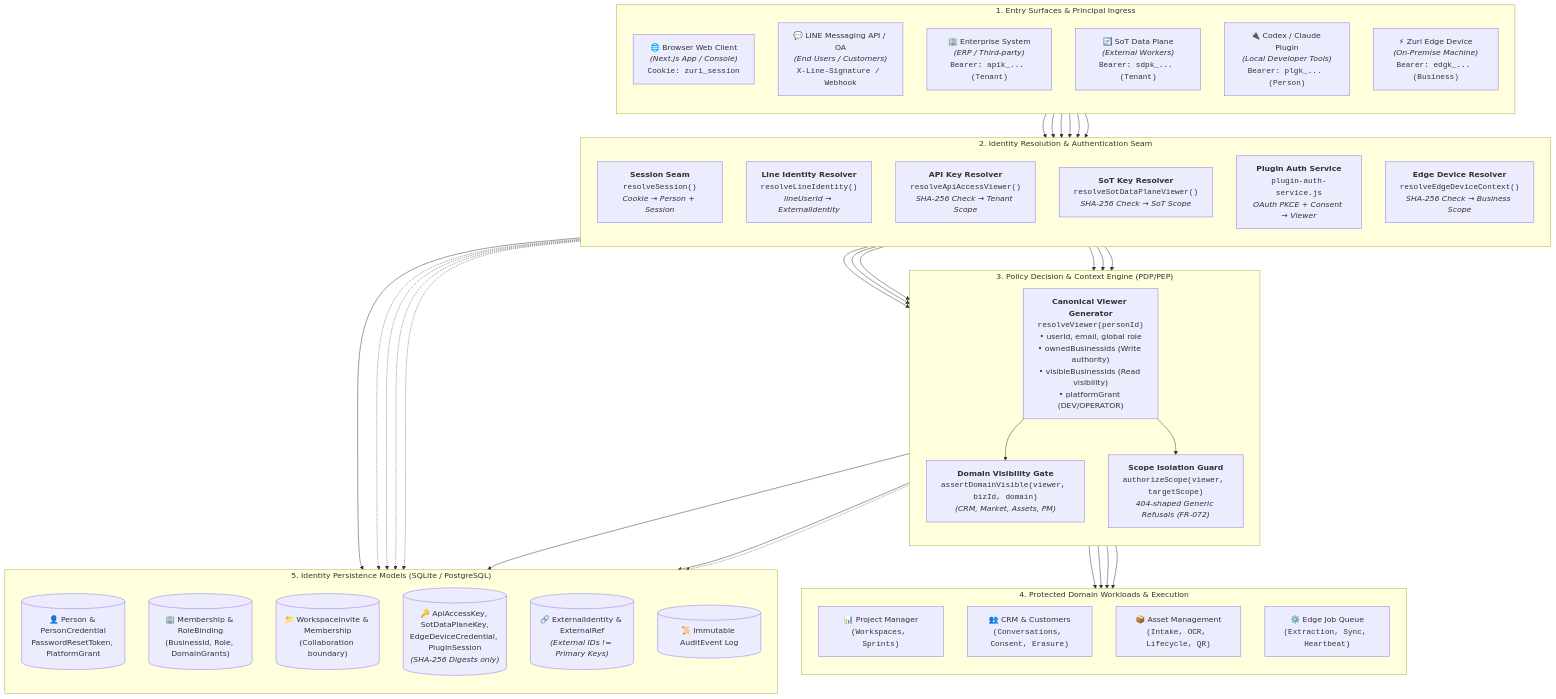
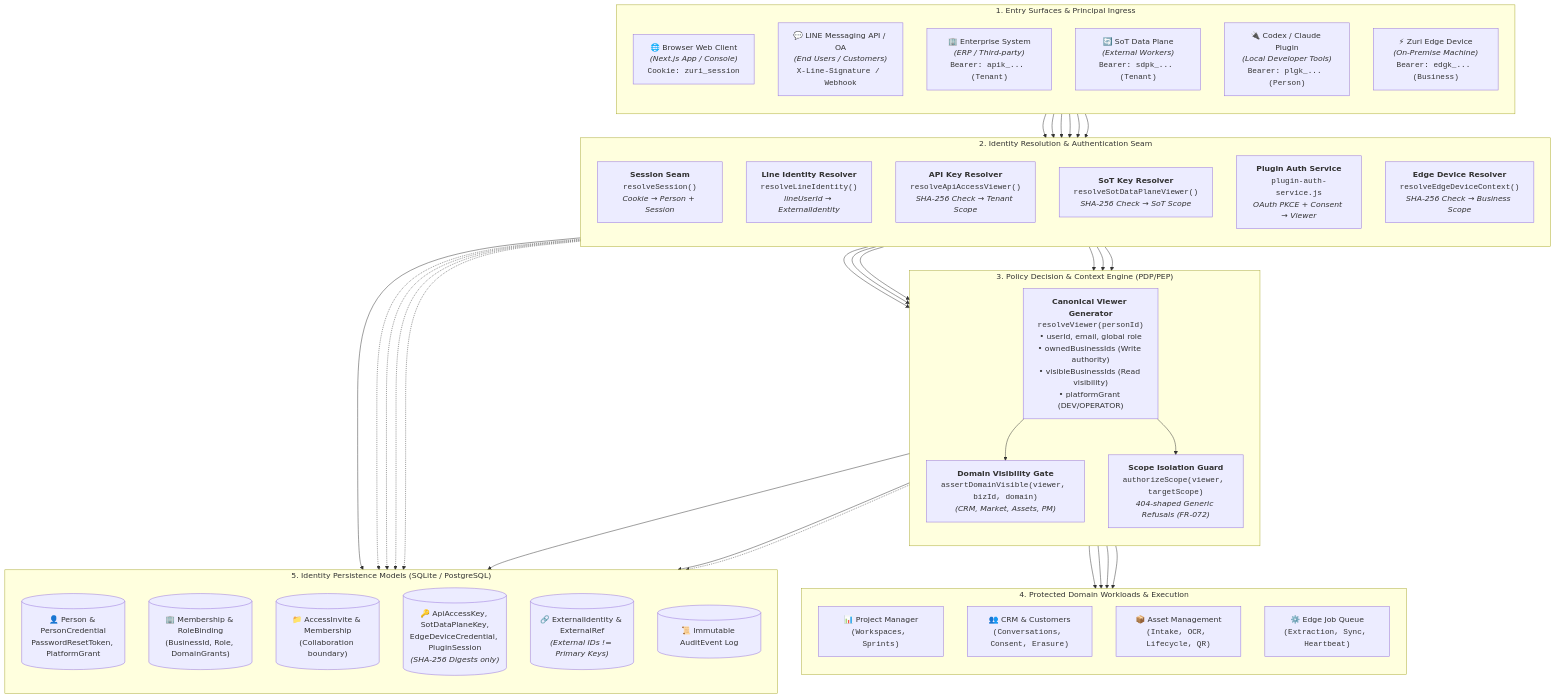
The first of 4 diagrams in docs/domains/identity/SYSTEM-DIAGRAM.md (Freshair129/zuri.ai), drawn with Mermaid before and after one commit. The commit also changed 56 other files, not shown here.

```diff
--- a/docs/domains/identity/SYSTEM-DIAGRAM.md
+++ b/docs/domains/identity/SYSTEM-DIAGRAM.md
@@ -65,7 +65,7 @@
         direction TB
         DB_PERSON[("👤 Person & PersonCredential<br/>PasswordResetToken, PlatformGrant")]
         DB_MEMBERSHIP[("🏢 Membership & RoleBinding<br/>(BusinessId, Role, DomainGrants)")]
-        DB_WORKSPACE[("📁 WorkspaceInvite & Membership<br/>(Collaboration boundary)")]
+        DB_WORKSPACE[("📁 AccessInvite & Membership<br/>(Collaboration boundary)")]
         DB_KEYS[("🔑 ApiAccessKey, SotDataPlaneKey,<br/>EdgeDeviceCredential, PluginSession<br/><i>(SHA-256 Digests only)</i>")]
         DB_EXT[("🔗 ExternalIdentity & ExternalRef<br/><i>(External IDs != Primary Keys)</i>")]
         DB_AUDIT[("📜 Immutable AuditEvent Log")]
```
